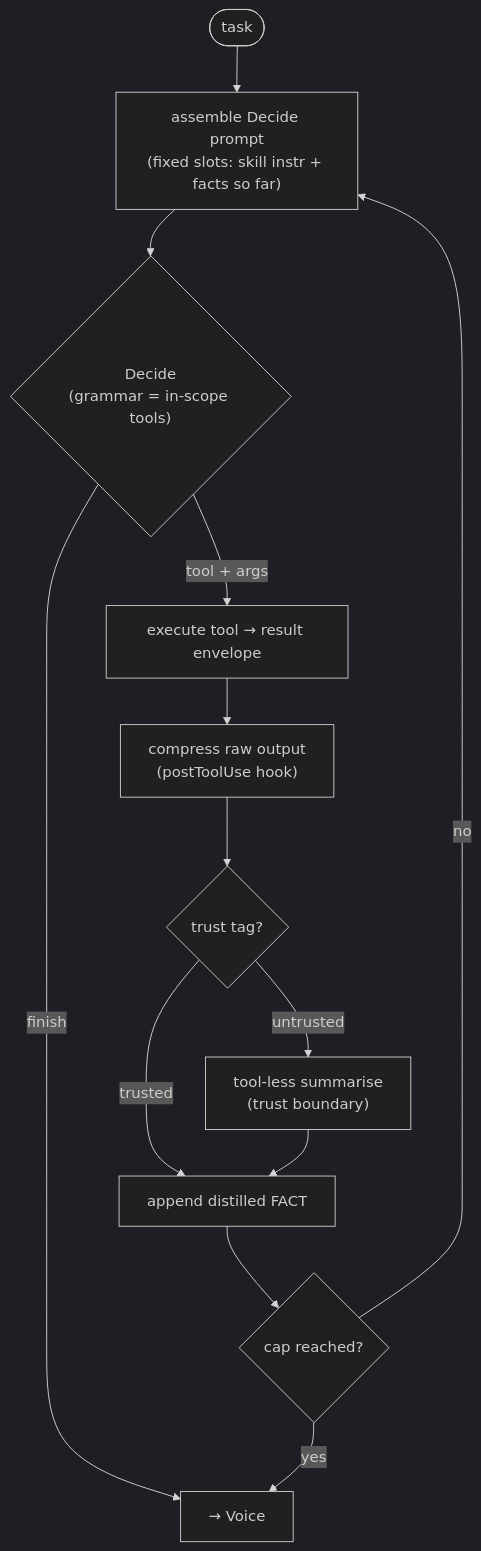
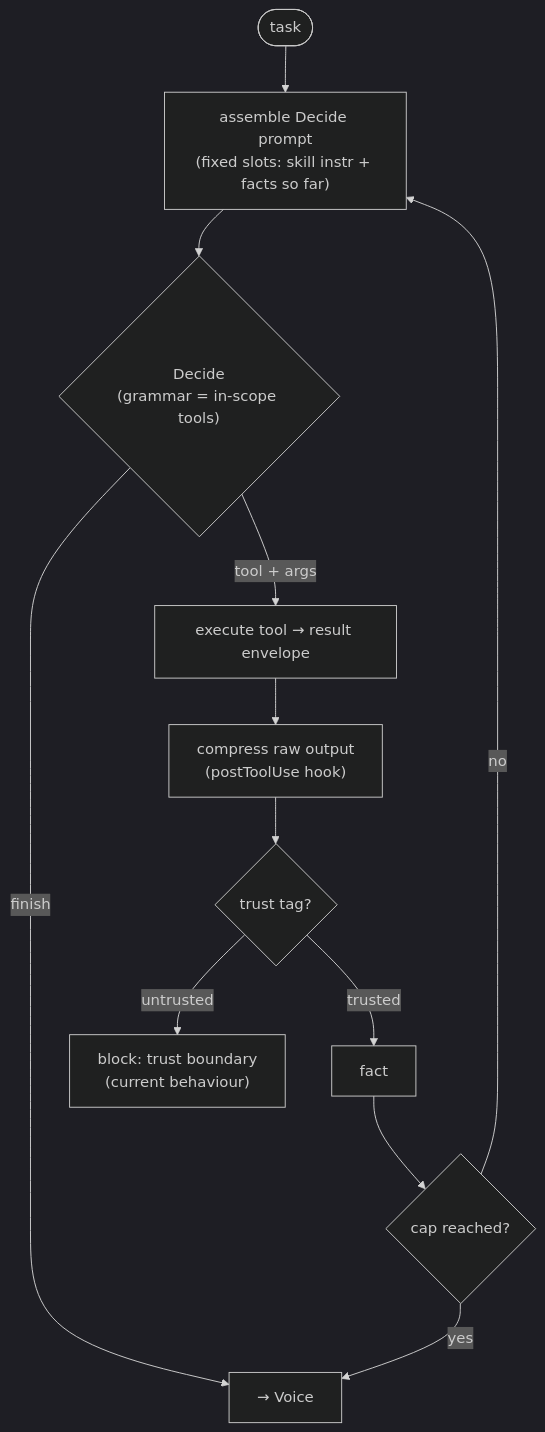
The fifth of 6 diagrams in docs/design/code-design.md (macro88/grugling), drawn with Mermaid (dark theme) before and after one commit. The commit also changed other lines of this file and 1 other file, not shown here.

````diff
--- a/docs/design/code-design.md
+++ b/docs/design/code-design.md
@@ -436,15 +451,14 @@
 ```mermaid
 flowchart TD
   start([task]) --> assemble["assemble Decide prompt<br/>(fixed slots: skill instr + facts so far)"]
   assemble --> decide{"Decide<br/>(grammar = in-scope tools)"}
   decide -->|finish| voice["→ Voice"]
   decide -->|tool + args| exec["execute tool → result envelope"]
   exec --> compress["compress raw output<br/>(postToolUse hook)"]
   compress --> gate{trust tag?}
-  gate -->|untrusted| distil["tool-less summarise<br/>(trust boundary)"]
+  gate -->|untrusted| blocked["block: trust boundary<br/>(current behaviour)"]
   gate -->|trusted| fact
-  distil --> fact["append distilled FACT"]
   fact --> cap{cap reached?}
   cap -->|no| assemble
   cap -->|yes| voice
 ```
````
